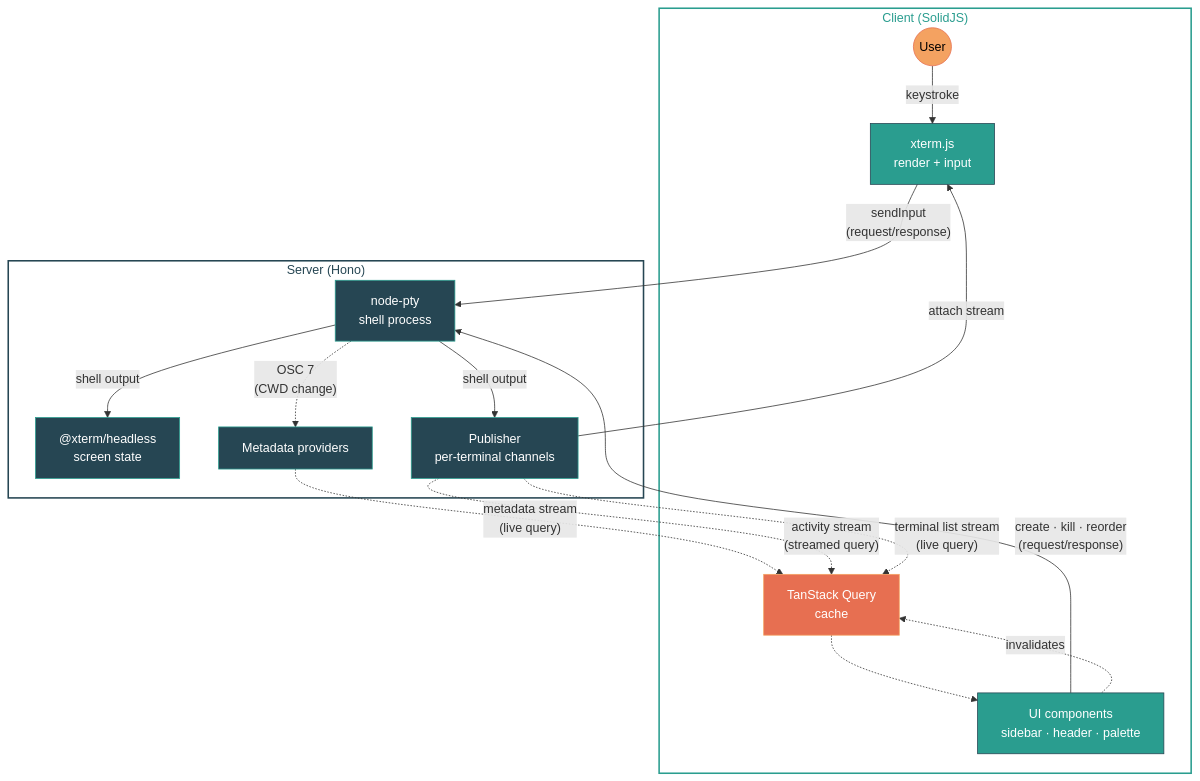
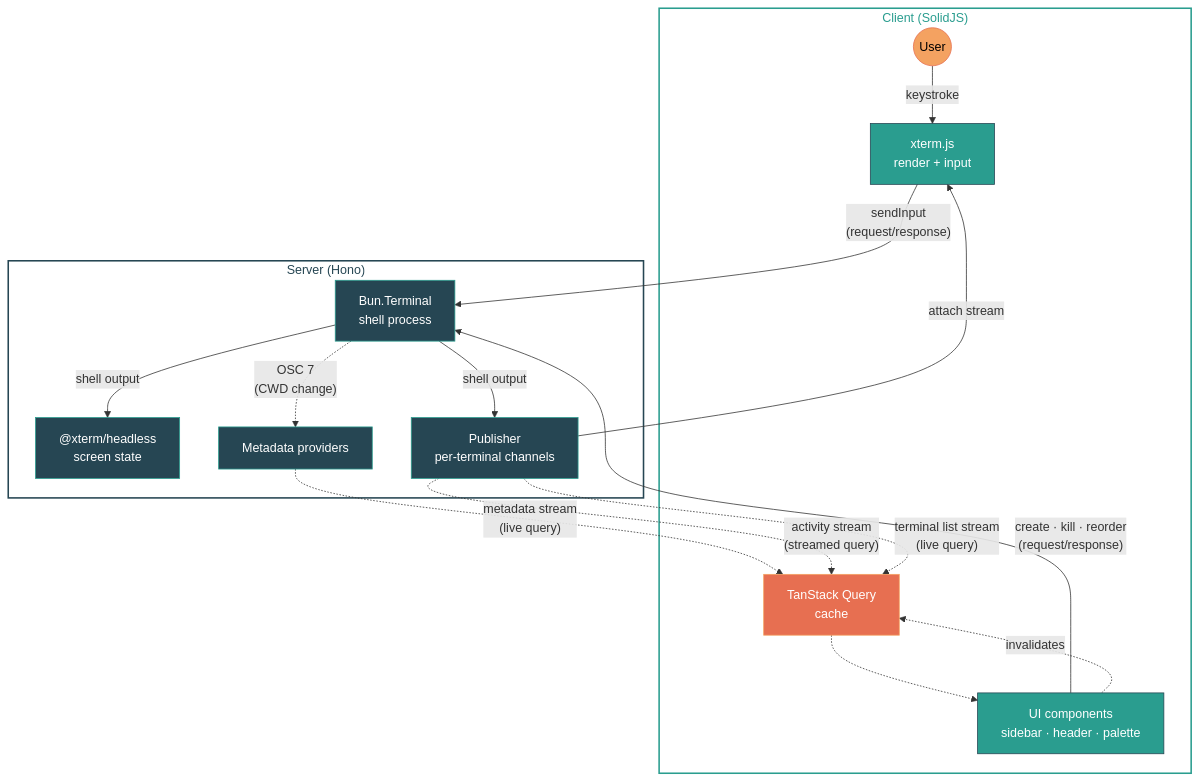
Before and after one commit to juspay/kolu: the diagram in README.md, drawn with Mermaid. The commit also changed other lines of this file and 12 other files, not shown here.

````diff
--- a/README.md
+++ b/README.md
@@ -101,44 +101,44 @@
 ```mermaid
 flowchart TB
   subgraph Client["Client (SolidJS)"]
     User((User)):::user
     Xterm["xterm.js\nrender + input"]:::client
     TQ["TanStack Query\ncache"]:::cache
     UI["UI components\nsidebar · header · palette"]:::client
   end
 
   subgraph Server["Server (Hono)"]
-    PTY["node-pty\nshell process"]:::server
+    PTY["Bun.Terminal\nshell process"]:::server
     Headless["@xterm/headless\nscreen state"]:::server
     Pub["Publisher\nper-terminal channels"]:::server
     Providers["Metadata providers"]:::server
   end
 
   %% Terminal I/O loop
   User -->|"keystroke"| Xterm
   Xterm -->|"sendInput\n(request/response)"| PTY
   PTY -->|"shell output"| Headless
   PTY -->|"shell output"| Pub
   Pub -->|"attach stream"| Xterm
 
   %% Metadata loop
   PTY -.->|"OSC 7\n(CWD change)"| Providers
   Providers -.->|"metadata stream\n(live query)"| TQ
   Pub -.->|"activity stream\n(streamed query)"| TQ
   TQ -.-> UI
 
   %% Terminal list (server-pushed on create/kill/reorder)
   Pub -.->|"terminal list stream\n(live query)"| TQ
 
   %% User actions
   UI -->|"create · kill · reorder\n(request/response)"| PTY
   UI -.->|"invalidates"| TQ
 
   classDef user fill:#f4a261,stroke:#e76f51,color:#000
   classDef client fill:#2a9d8f,stroke:#264653,color:#fff
   classDef cache fill:#e76f51,stroke:#f4a261,color:#fff
   classDef server fill:#264653,stroke:#2a9d8f,color:#fff
 
   style Client fill:none,stroke:#2a9d8f,stroke-width:2px,color:#2a9d8f
   style Server fill:none,stroke:#264653,stroke-width:2px,color:#264653
 ```
````
